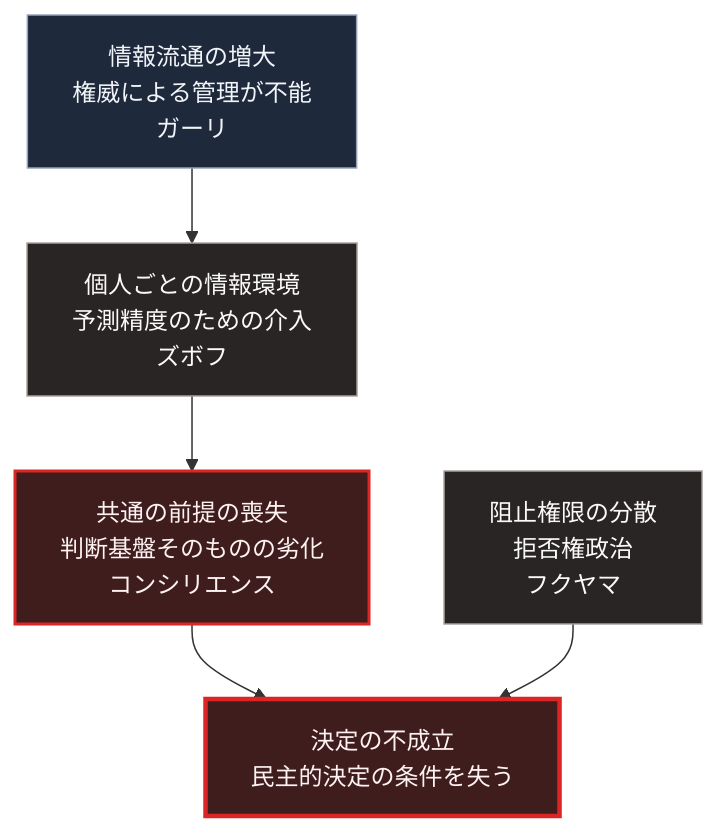
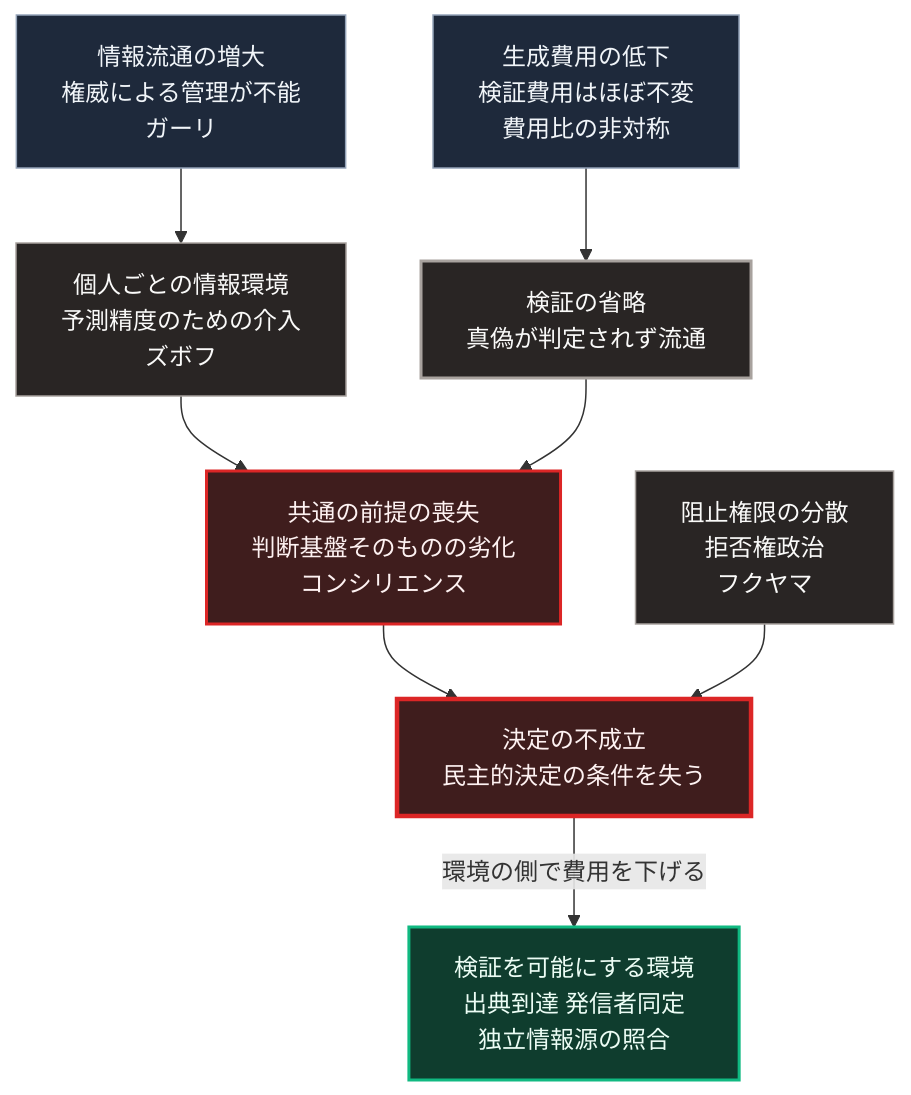
The diagram in books/sovereign-resilience-blueprint/30_epistemic-crisis-consensus-collapse.md (Takenori-Kusaka/zenn-content), drawn with Mermaid before and after one commit. The commit also changed other lines of this file and 11 other files, not shown here.

````diff
--- a/books/sovereign-resilience-blueprint/30_epistemic-crisis-consensus-collapse.md
+++ b/books/sovereign-resilience-blueprint/30_epistemic-crisis-consensus-collapse.md
@@ -53,15 +99,22 @@
 ```mermaid
 flowchart TD
     A[情報流通の増大<br>権威による管理が不能<br>ガーリ]
     A --> B[個人ごとの情報環境<br>予測精度のための介入<br>ズボフ]
+    G[生成費用の低下<br>検証費用はほぼ不変<br>費用比の非対称]
+    G --> L[検証の省略<br>真偽が判定されず流通]
     B --> C[共通の前提の喪失<br>判断基盤そのものの劣化<br>コンシリエンス]
+    L --> C
     F[阻止権限の分散<br>拒否権政治<br>フクヤマ]
     C --> D[決定の不成立<br>民主的決定の条件を失う]
     F --> D
+    D -->|環境の側で費用を下げる| R[検証を可能にする環境<br>出典到達 発信者同定<br>独立情報源の照合]
 
     style A fill:#1e293b,stroke:#94a3b8,color:#f1f5f9
     style B fill:#292524,stroke:#a8a29e,color:#fafaf9
+    style G fill:#1e293b,stroke:#94a3b8,color:#f1f5f9
+    style L fill:#292524,stroke:#a8a29e,stroke-width:2px,color:#fafaf9
     style C fill:#3f1d1d,stroke:#dc2626,stroke-width:2px,color:#fef2f2
+    style R fill:#0f3d2e,stroke:#10b981,stroke-width:2px,color:#ecfdf5
     style F fill:#292524,stroke:#a8a29e,color:#fafaf9
     style D fill:#3f1d1d,stroke:#dc2626,stroke-width:3px,color:#fef2f2
 ```
````
